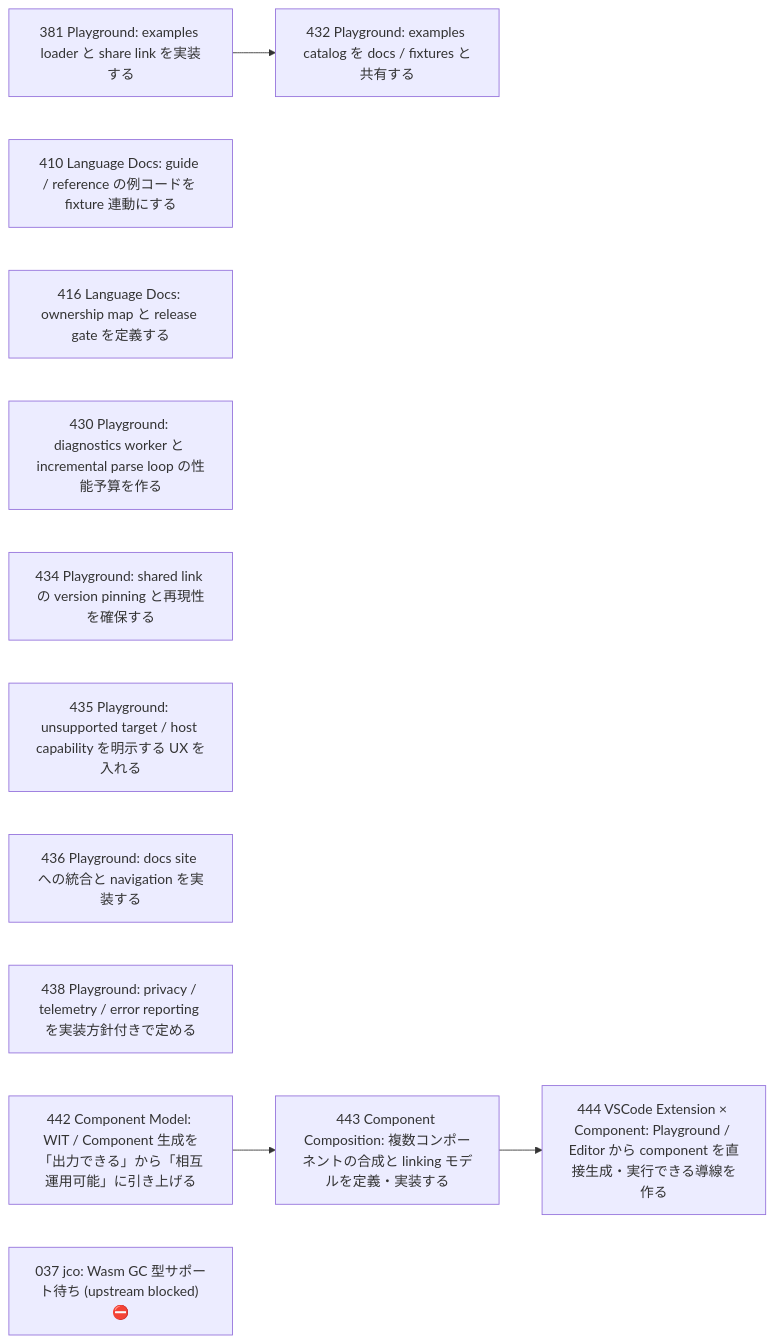
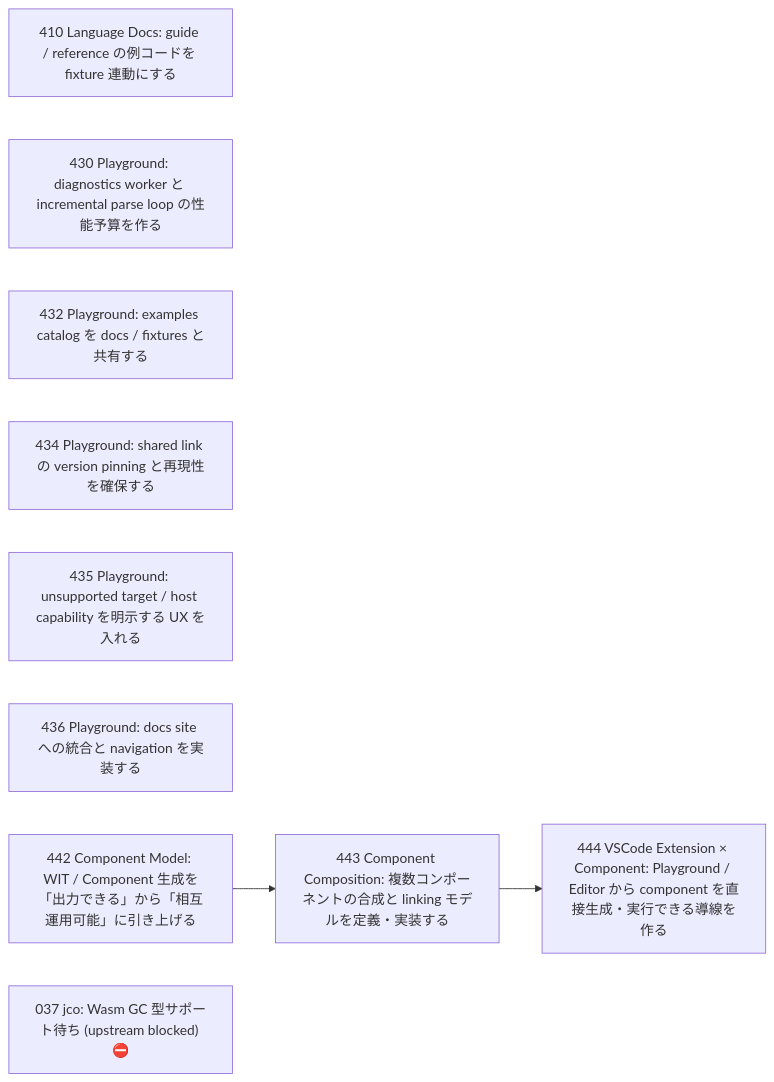
One commit to wogikaze/arukellt changed the diagram in issues/open/dependency-graph.md. Above: the diagram before and after it, drawn with Mermaid. The commit also changed other lines of this file and 4 other files, not shown here.

````diff
--- a/issues/open/dependency-graph.md
+++ b/issues/open/dependency-graph.md
@@ -7,19 +7,15 @@
 ```mermaid
 graph LR
-  I381["381 Playground: examples loader と share link を実装する"]
   I410["410 Language Docs: guide / reference の例コードを fixture 連動にする"]
-  I416["416 Language Docs: ownership map と release gate を定義する"]
   I430["430 Playground: diagnostics worker と incremental parse loop の性能予算を作る"]
+  I432["432 Playground: examples catalog を docs / fixtures と共有する"]
   I434["434 Playground: shared link の version pinning と再現性を確保する"]
   I435["435 Playground: unsupported target / host capability を明示する UX を入れる"]
   I436["436 Playground: docs site への統合と navigation を実装する"]
-  I438["438 Playground: privacy / telemetry / error reporting を実装方針付きで定める"]
   I442["442 Component Model: WIT / Component 生成を「出力できる」から「相互運用可能」に引き上げる"]
-  I432["432 Playground: examples catalog を docs / fixtures と共有する"]
   I443["443 Component Composition: 複数コンポーネントの合成と linking モデルを定義・実装する"]
   I444["444 VSCode Extension × Component: Playground / Editor から component を直接生成・実行できる導線を作る"]
   I037["037 jco: Wasm GC 型サポート待ち (upstream blocked) ⛔"]
-  I381 --> I432
   I442 --> I443
   I443 --> I444
 ```
````
